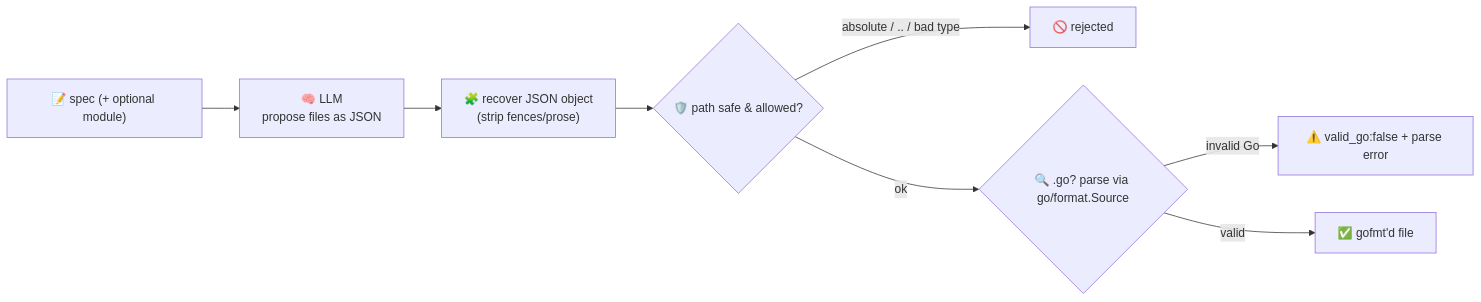
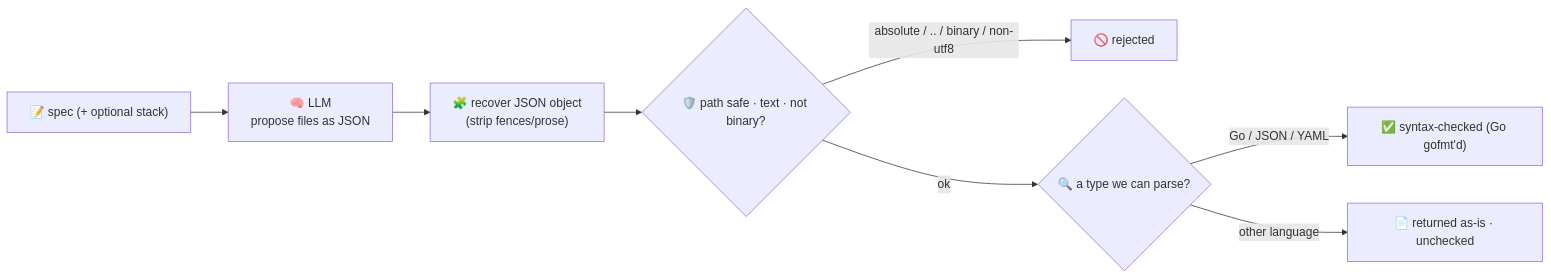
One commit to aryanmehrotra/agents changed the diagram in scaffold-agent/README.md. Above: the diagram before and after it, drawn with Mermaid. The commit also changed other lines of this file and 7 other files, not shown here.

````diff
--- a/scaffold-agent/README.md
+++ b/scaffold-agent/README.md
@@ -28,10 +30,10 @@
 ```mermaid
 flowchart LR
-    IN["📝 spec (+ optional module)"] --> LLM["🧠 LLM<br/>propose files as JSON"]
+    IN["📝 spec (+ optional stack)"] --> LLM["🧠 LLM<br/>propose files as JSON"]
     LLM --> J["🧩 recover JSON object<br/>(strip fences/prose)"]
-    J --> PATH{"🛡️ path safe & allowed?"}
-    PATH -->|"absolute / .. / bad type"| REJ["🚫 rejected"]
-    PATH -->|"ok"| GO{"🔍 .go? parse via go/format.Source"}
-    GO -->|"invalid Go"| BAD["⚠️ valid_go:false + parse error"]
-    GO -->|"valid"| OK["✅ gofmt'd file"]
+    J --> PATH{"🛡️ path safe · text · not binary?"}
+    PATH -->|"absolute / .. / binary / non-utf8"| REJ["🚫 rejected"]
+    PATH -->|"ok"| TYPE{"🔍 a type we can parse?"}
+    TYPE -->|"Go / JSON / YAML"| CHK["✅ syntax-checked (Go gofmt'd)"]
+    TYPE -->|"other language"| UNC["📄 returned as-is · unchecked"]
 ```
````
